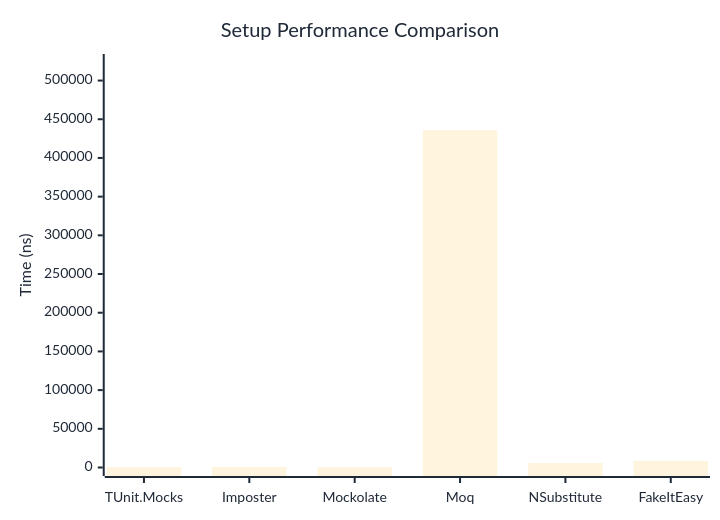
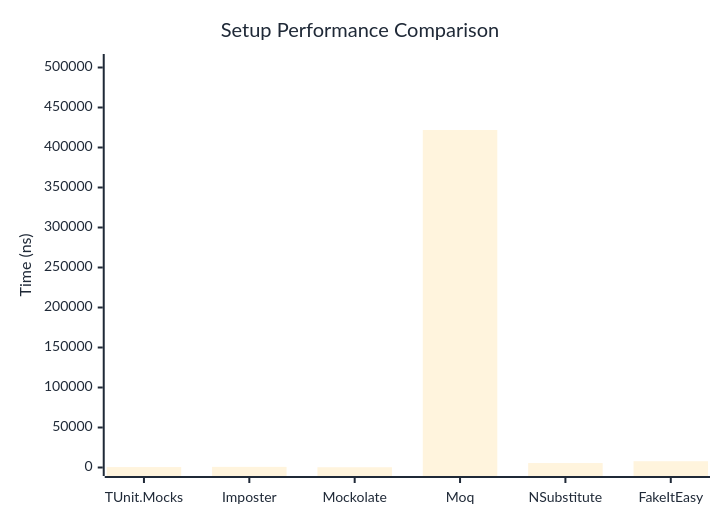
Before and after one commit to thomhurst/TUnit: the first of 2 diagrams in docs/docs/benchmarks/mocks/Setup.md, drawn with Mermaid. The commit also changed other lines of this file and 14 other files, not shown here.

````diff
--- a/docs/docs/benchmarks/mocks/Setup.md
+++ b/docs/docs/benchmarks/mocks/Setup.md
@@ -30,27 +30,27 @@
 ```mermaid
 %%{init: {
   'theme':'base',
   'themeVariables': {
     'primaryColor': '#2563eb',
     'primaryTextColor': '#1f2937',
     'primaryBorderColor': '#1e40af',
     'lineColor': '#6b7280',
     'secondaryColor': '#7c3aed',
     'tertiaryColor': '#dc2626',
     'background': '#ffffff',
     'pie1': '#2563eb',
     'pie2': '#7c3aed',
     'pie3': '#dc2626',
     'pie4': '#f59e0b',
     'pie5': '#10b981',
     'pie6': '#06b6d4',
     'pie7': '#ec4899',
     'pie8': '#6366f1'
   }
 }}%%
 xychart-beta
   title "Setup Performance Comparison"
   x-axis ["TUnit.Mocks", "Imposter", "Mockolate", "Moq", "NSubstitute", "FakeItEasy"]
-  y-axis "Time (ns)" 0 --> 523328
-  bar [531.7, 845.7, 333.5, 436106.3, 5746.9, 8596.5]
+  y-axis "Time (ns)" 0 --> 506245
+  bar [530.1, 797.8, 310.5, 421870.3, 5557.5, 7861.2]
 ```
````
